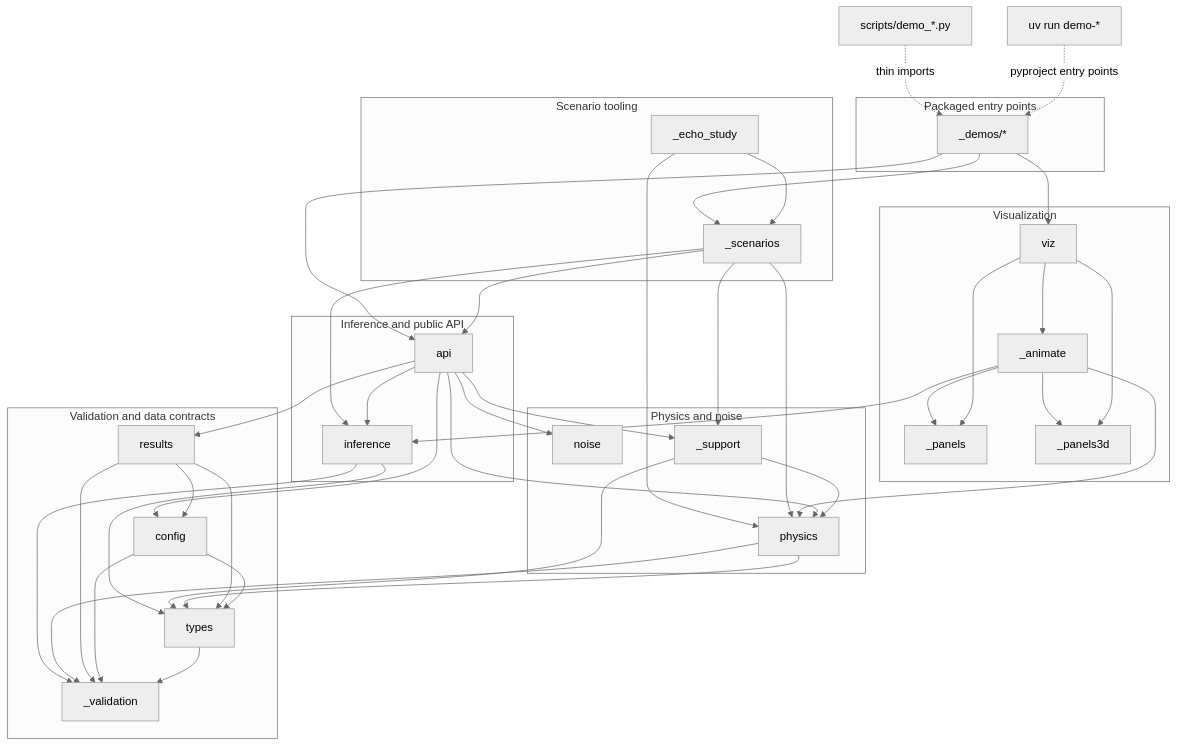
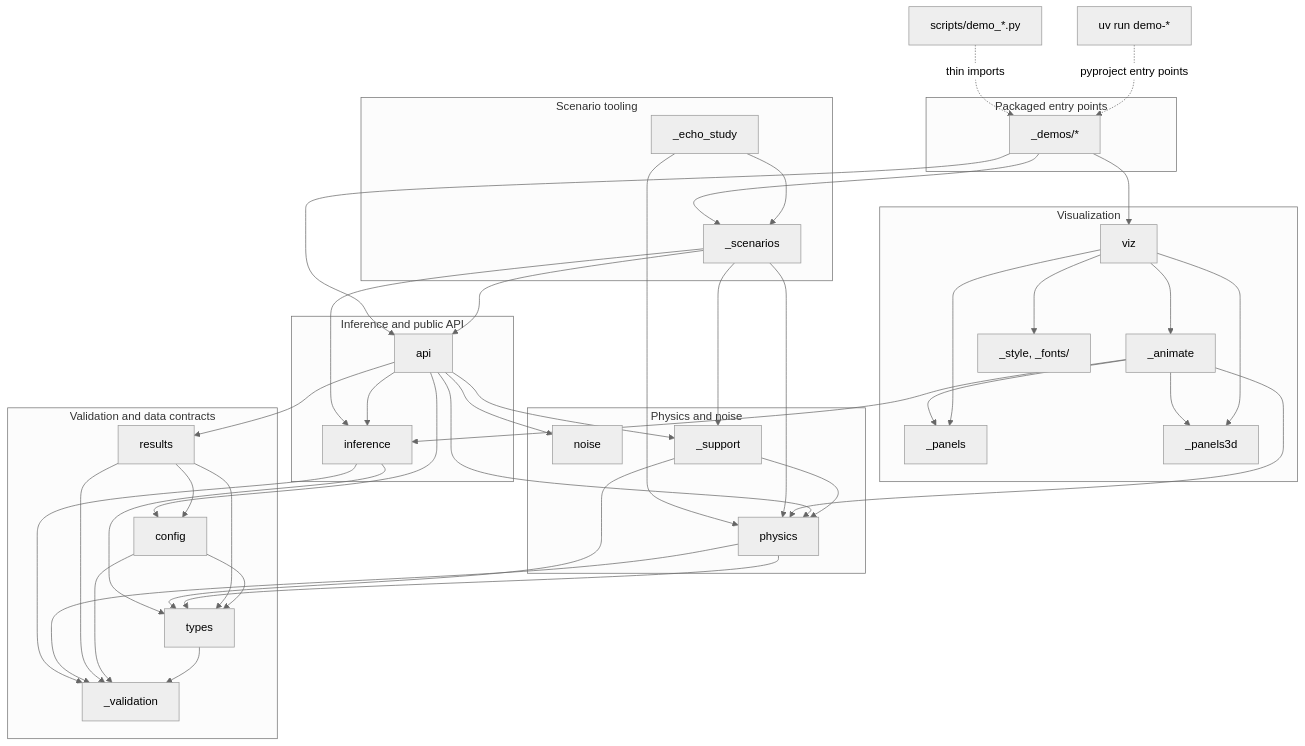
The diagram in site/reproduce/architecture.qmd (jbwhit/clocks), drawn with Mermaid (neutral theme) before and after one commit. The commit also changed other lines of this file and 5 other files, not shown here.

````diff
--- a/site/reproduce/architecture.qmd
+++ b/site/reproduce/architecture.qmd
@@ -10,70 +10,72 @@
 ```{mermaid}
 flowchart TB
     subgraph contracts["Validation and data contracts"]
         validation["_validation"]
         types
         config
         results
     end
     subgraph physnoise["Physics and noise"]
         physics
         noise
         support["_support"]
     end
     subgraph core["Inference and public API"]
         inference
         api
     end
     subgraph vis["Visualization"]
         viz
         animate["_animate"]
         panels["_panels"]
         panels3d["_panels3d"]
+        figstyle["_style, _fonts/"]
     end
     subgraph scenarios["Scenario tooling"]
         scenario["_scenarios"]
         echo["_echo_study"]
     end
     subgraph entry["Packaged entry points"]
         demos["_demos/*"]
     end
     console["uv run demo-*"]
     wrappers["scripts/demo_*.py"]
 
     types --> validation
     config --> validation
     config --> types
     results --> validation
     results --> config
     results --> types
     physics --> validation
     physics --> types
     support --> physics
     support --> types
     inference --> validation
     inference --> types
     api --> support
     api --> config
     api --> inference
     api --> noise
     api --> physics
     api --> results
     viz --> animate
     viz --> panels
     viz --> panels3d
+    viz --> figstyle
     animate --> inference
     animate --> physics
     animate --> panels
     animate --> panels3d
     scenario --> support
     scenario --> api
     scenario --> inference
     scenario --> physics
     echo --> scenario
     echo --> physics
     demos --> api
     demos --> scenario
     demos --> viz
     console -. "pyproject entry points" .-> demos
     wrappers -. "thin imports" .-> demos
 ```
````
